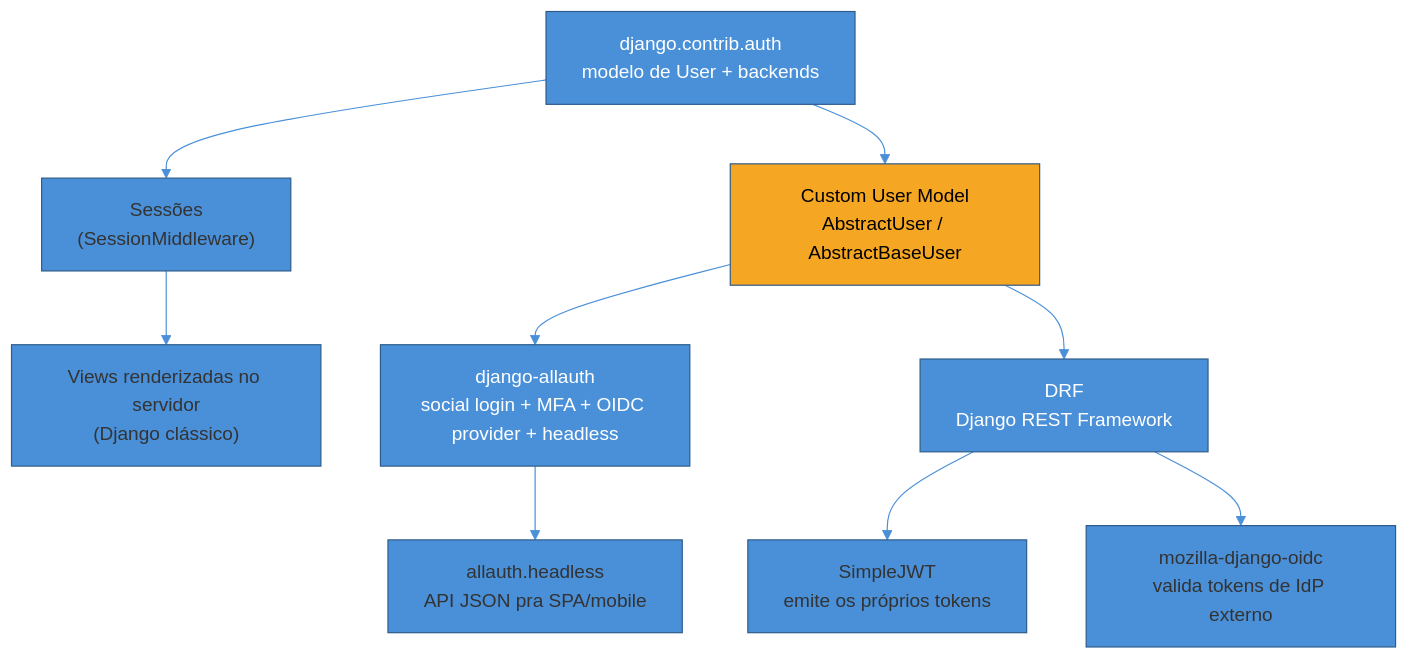
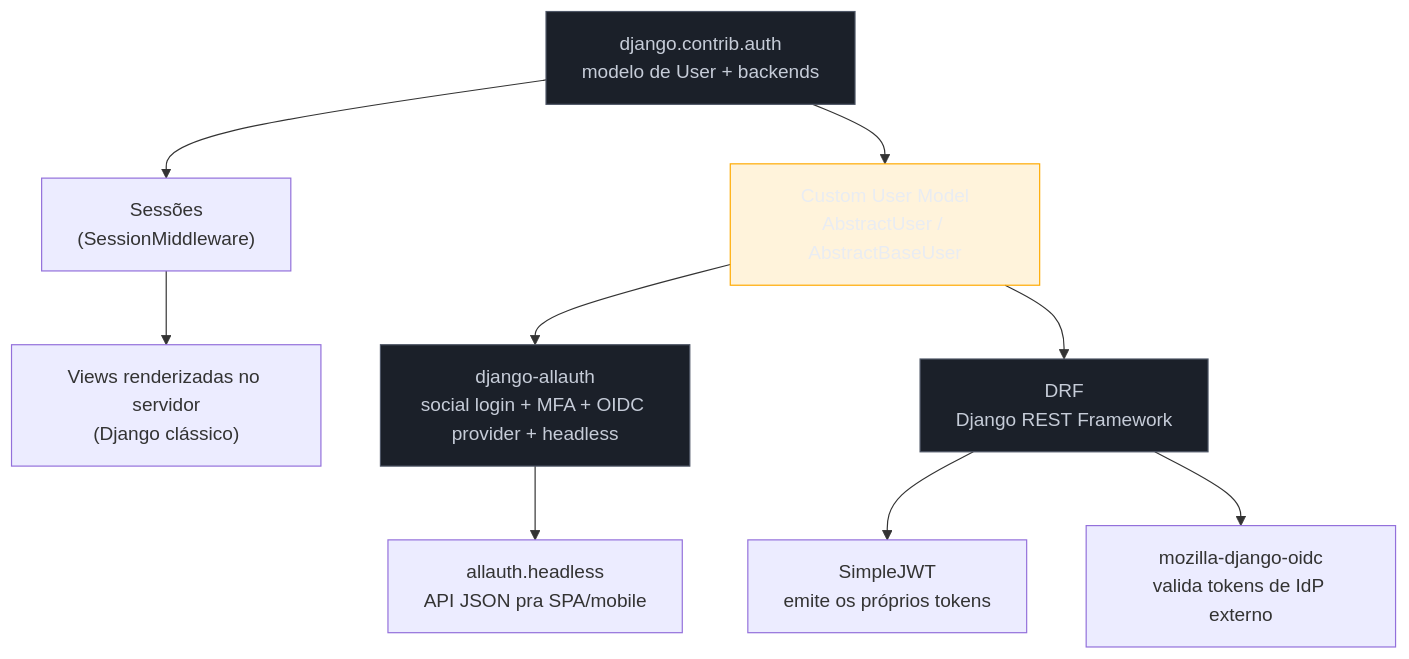
One commit to josenaldo/codex-technomanticus changed the first of 3 diagrams in 03-Dominios/Engenharia/Auth e Identidade/4 - Auth nos stacks/02 - Python — Django.md. Above: the diagram before and after it, drawn with Mermaid. The commit also changed other lines of this file and 1181 other files, not shown here.

First line of the commit message:
fix(diagramas): paleta do sistema no lugar de cor cravada no markdown

````diff
--- a/03-Dominios/Engenharia/Auth e Identidade/4 - Auth nos stacks/02 - Python — Django.md
+++ b/03-Dominios/Engenharia/Auth e Identidade/4 - Auth nos stacks/02 - Python — Django.md
@@ -37,17 +37,18 @@
 ```mermaid
-%%{init: {"theme": "base", "themeVariables": {"primaryColor": "#4A90D9", "primaryBorderColor": "#2E5C8A", "lineColor": "#4A90D9"}}}%%
 graph TD
+    classDef neutro fill:#1B2029,stroke:#4E5666,color:#C6CCD8
+    classDef destaque fill:#FFAA0024,stroke:#FFAA00,color:#E9ECF2
     A["django.contrib.auth<br/>modelo de User + backends"] --> B["Sessões<br/>(SessionMiddleware)"]
     A --> C["Custom User Model<br/>AbstractUser / AbstractBaseUser"]
     B --> D["Views renderizadas no servidor<br/>(Django clássico)"]
     C --> E["django-allauth<br/>social login + MFA + OIDC provider + headless"]
     C --> F["DRF<br/>Django REST Framework"]
     F --> G["SimpleJWT<br/>emite os próprios tokens"]
     F --> H["mozilla-django-oidc<br/>valida tokens de IdP externo"]
     E --> I["allauth.headless<br/>API JSON pra SPA/mobile"]
 
-    style A fill:#4A90D9,color:#fff
-    style C fill:#F5A623,color:#000
-    style E fill:#4A90D9,color:#fff
-    style F fill:#4A90D9,color:#fff
+    class A neutro
+    class C destaque
+    class E neutro
+    class F neutro
 ```
````
